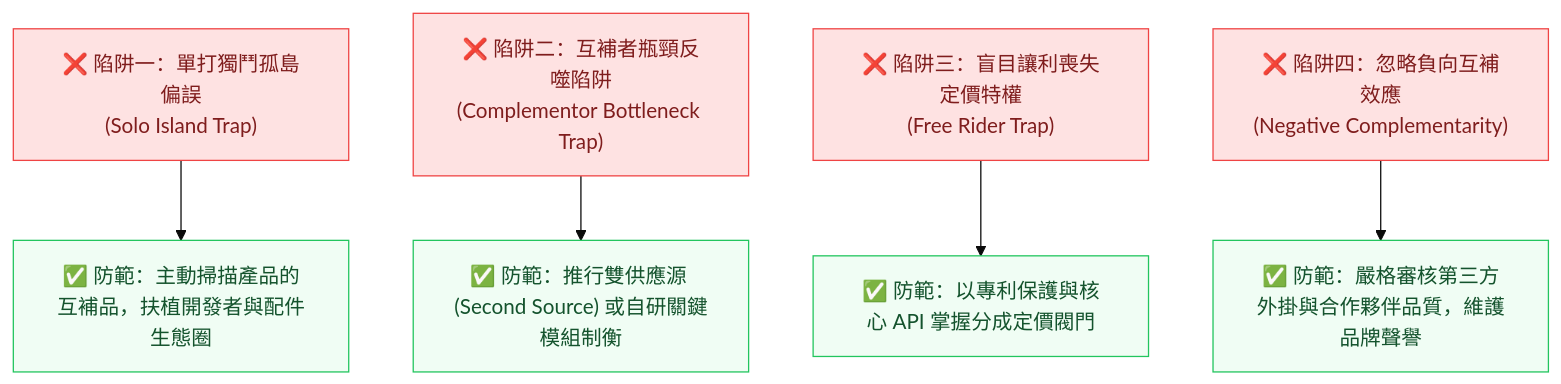
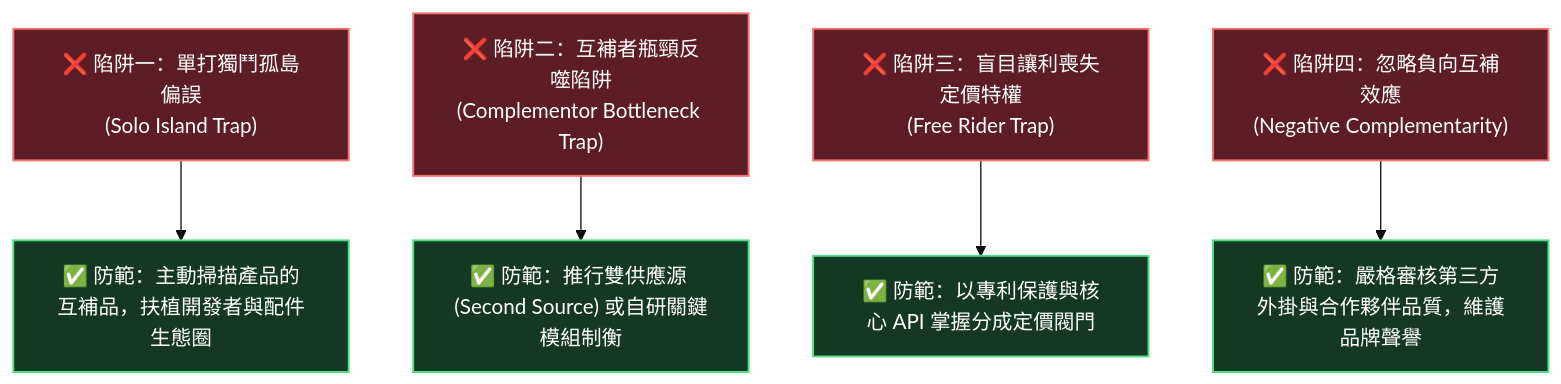
One commit to Jimlin0428/my-digital-garden changed the fourth of 4 diagrams in src/site/notes/98_商業概念庫/value-net_價值網.md. Above: the diagram before and after it, drawn with Mermaid (base theme). The commit also changed other lines of this file and 58 other files, not shown here.

````diff
--- a/src/site/notes/98_商業概念庫/value-net_價值網.md
+++ b/src/site/notes/98_商業概念庫/value-net_價值網.md
@@ -206,16 +206,16 @@
 ```mermaid
 flowchart TD
     Trap1["❌ 陷阱一：單打獨鬥孤島偏誤<br>(Solo Island Trap)"] --> Fix1["✅ 防範：主動掃描產品的互補品，扶植開發者與配件生態圈"]
     Trap2["❌ 陷阱二：互補者瓶頸反噬陷阱<br>(Complementor Bottleneck Trap)"] --> Fix2["✅ 防範：推行雙供應源 (Second Source) 或自研關鍵模組制衡"]
     Trap3["❌ 陷阱三：盲目讓利喪失定價特權<br>(Free Rider Trap)"] --> Fix3["✅ 防範：以專利保護與核心 API 掌握分成定價閥門"]
     Trap4["❌ 陷阱四：忽略負向互補效應<br>(Negative Complementarity)"] --> Fix4["✅ 防範：嚴格審核第三方外掛與合作夥伴品質，維護品牌聲譽"]
 
-    style Trap1 fill:#fee2e2,stroke:#ef4444,stroke-width:1px,color:#7f1d1d
-    style Trap2 fill:#fee2e2,stroke:#ef4444,stroke-width:1px,color:#7f1d1d
-    style Trap3 fill:#fee2e2,stroke:#ef4444,stroke-width:1px,color:#7f1d1d
-    style Trap4 fill:#fee2e2,stroke:#ef4444,stroke-width:1px,color:#7f1d1d
-    style Fix1 fill:#f0fdf4,stroke:#22c55e,stroke-width:1px,color:#14532d
-    style Fix2 fill:#f0fdf4,stroke:#22c55e,stroke-width:1px,color:#14532d
-    style Fix3 fill:#f0fdf4,stroke:#22c55e,stroke-width:1px,color:#14532d
-    style Fix4 fill:#f0fdf4,stroke:#22c55e,stroke-width:1px,color:#14532d
+    style Trap1 fill:#5c1d24,stroke:#f87171,stroke-width:1.5px,color:#ffffff
+    style Trap2 fill:#5c1d24,stroke:#f87171,stroke-width:1.5px,color:#ffffff
+    style Trap3 fill:#5c1d24,stroke:#f87171,stroke-width:1.5px,color:#ffffff
+    style Trap4 fill:#5c1d24,stroke:#f87171,stroke-width:1.5px,color:#ffffff
+    style Fix1 fill:#143823,stroke:#4ade80,stroke-width:1.5px,color:#ffffff
+    style Fix2 fill:#143823,stroke:#4ade80,stroke-width:1.5px,color:#ffffff
+    style Fix3 fill:#143823,stroke:#4ade80,stroke-width:1.5px,color:#ffffff
+    style Fix4 fill:#143823,stroke:#4ade80,stroke-width:1.5px,color:#ffffff
 ```
````
